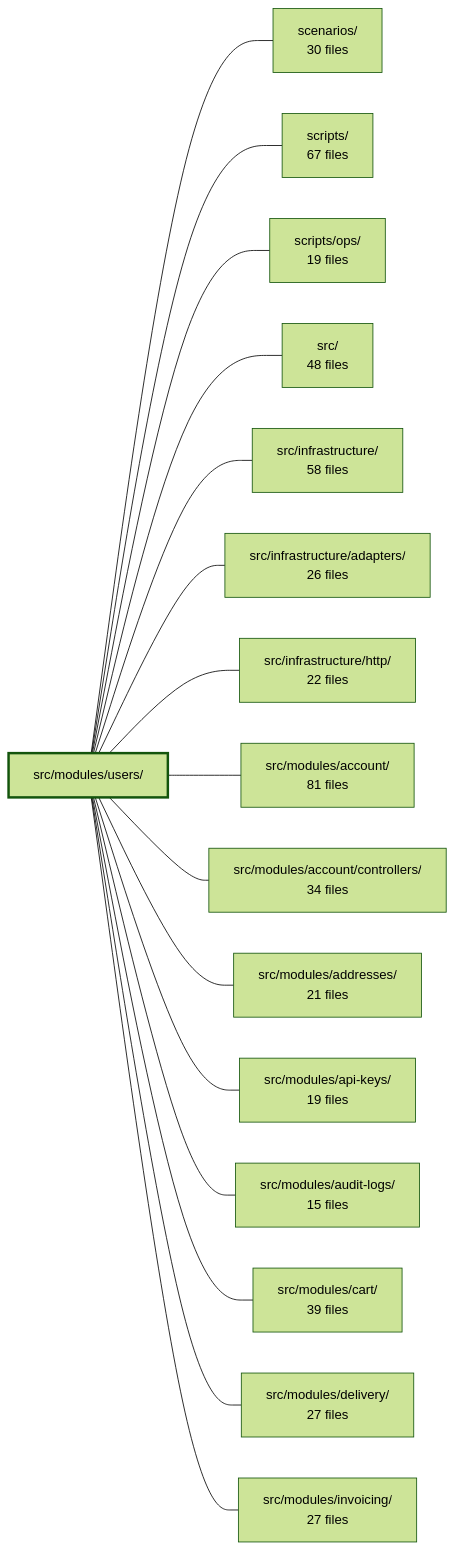
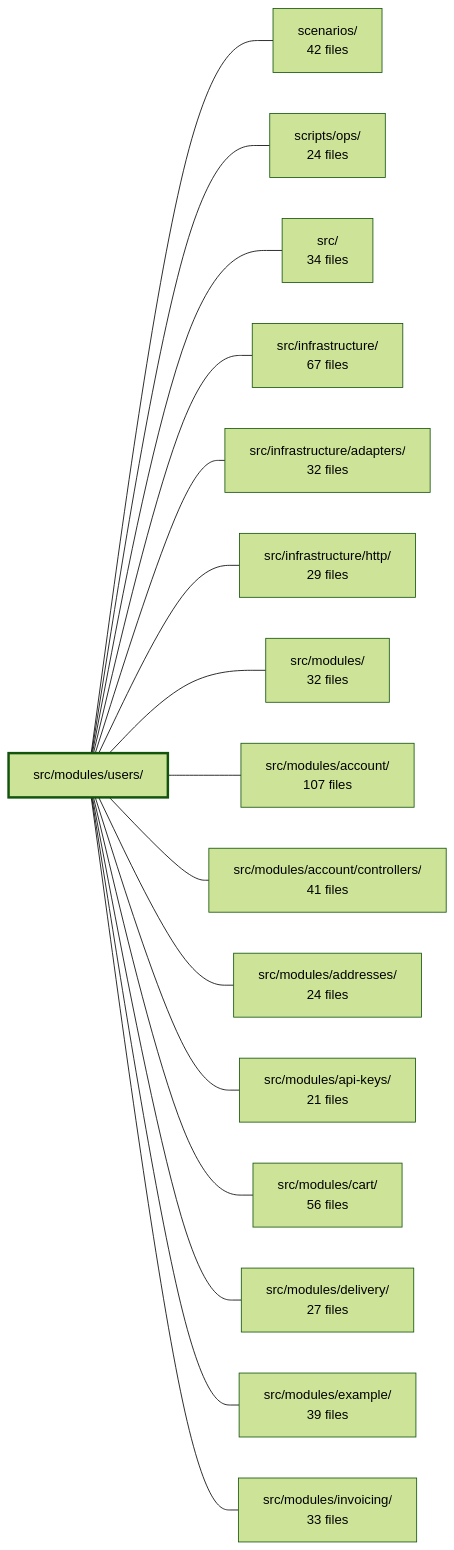
One commit to Guebbit/boilerplate-node-backend changed the diagram in .2brain/modules/boilerplate-node-backend_src_modules_users.md. Above: the diagram before and after it, drawn with Mermaid (forest theme). The commit also changed other lines of this file and 106 other files, not shown here.

````diff
--- a/.2brain/modules/boilerplate-node-backend_src_modules_users.md
+++ b/.2brain/modules/boilerplate-node-backend_src_modules_users.md
@@ -42,35 +40,35 @@
 ```mermaid
 flowchart LR
     m_src_modules_users["src/modules/users/"]
-    m_scenarios["scenarios/<br/>30 files"]
-    m_scripts["scripts/<br/>67 files"]
-    m_scripts_ops["scripts/ops/<br/>19 files"]
-    m_src["src/<br/>48 files"]
-    m_src_infrastructure["src/infrastructure/<br/>58 files"]
-    m_src_infrastructure_adapters["src/infrastructure/adapters/<br/>26 files"]
-    m_src_infrastructure_http["src/infrastructure/http/<br/>22 files"]
-    m_src_modules_account["src/modules/account/<br/>81 files"]
-    m_src_modules_account_controllers["src/modules/account/controllers/<br/>34 files"]
-    m_src_modules_addresses["src/modules/addresses/<br/>21 files"]
-    m_src_modules_api_keys["src/modules/api-keys/<br/>19 files"]
-    m_src_modules_audit_logs["src/modules/audit-logs/<br/>15 files"]
-    m_src_modules_cart["src/modules/cart/<br/>39 files"]
+    m_scenarios["scenarios/<br/>42 files"]
+    m_scripts_ops["scripts/ops/<br/>24 files"]
+    m_src["src/<br/>34 files"]
+    m_src_infrastructure["src/infrastructure/<br/>67 files"]
+    m_src_infrastructure_adapters["src/infrastructure/adapters/<br/>32 files"]
+    m_src_infrastructure_http["src/infrastructure/http/<br/>29 files"]
+    m_src_modules["src/modules/<br/>32 files"]
+    m_src_modules_account["src/modules/account/<br/>107 files"]
+    m_src_modules_account_controllers["src/modules/account/controllers/<br/>41 files"]
+    m_src_modules_addresses["src/modules/addresses/<br/>24 files"]
+    m_src_modules_api_keys["src/modules/api-keys/<br/>21 files"]
+    m_src_modules_cart["src/modules/cart/<br/>56 files"]
     m_src_modules_delivery["src/modules/delivery/<br/>27 files"]
-    m_src_modules_invoicing["src/modules/invoicing/<br/>27 files"]
+    m_src_modules_example["src/modules/example/<br/>39 files"]
+    m_src_modules_invoicing["src/modules/invoicing/<br/>33 files"]
     m_src_modules_users --- m_scenarios
-    m_src_modules_users --- m_scripts
     m_src_modules_users --- m_scripts_ops
     m_src_modules_users --- m_src
     m_src_modules_users --- m_src_infrastructure
     m_src_modules_users --- m_src_infrastructure_adapters
     m_src_modules_users --- m_src_infrastructure_http
+    m_src_modules_users --- m_src_modules
     m_src_modules_users --- m_src_modules_account
     m_src_modules_users --- m_src_modules_account_controllers
     m_src_modules_users --- m_src_modules_addresses
     m_src_modules_users --- m_src_modules_api_keys
-    m_src_modules_users --- m_src_modules_audit_logs
     m_src_modules_users --- m_src_modules_cart
     m_src_modules_users --- m_src_modules_delivery
+    m_src_modules_users --- m_src_modules_example
     m_src_modules_users --- m_src_modules_invoicing
     style m_src_modules_users stroke-width:3px
 ```
````
